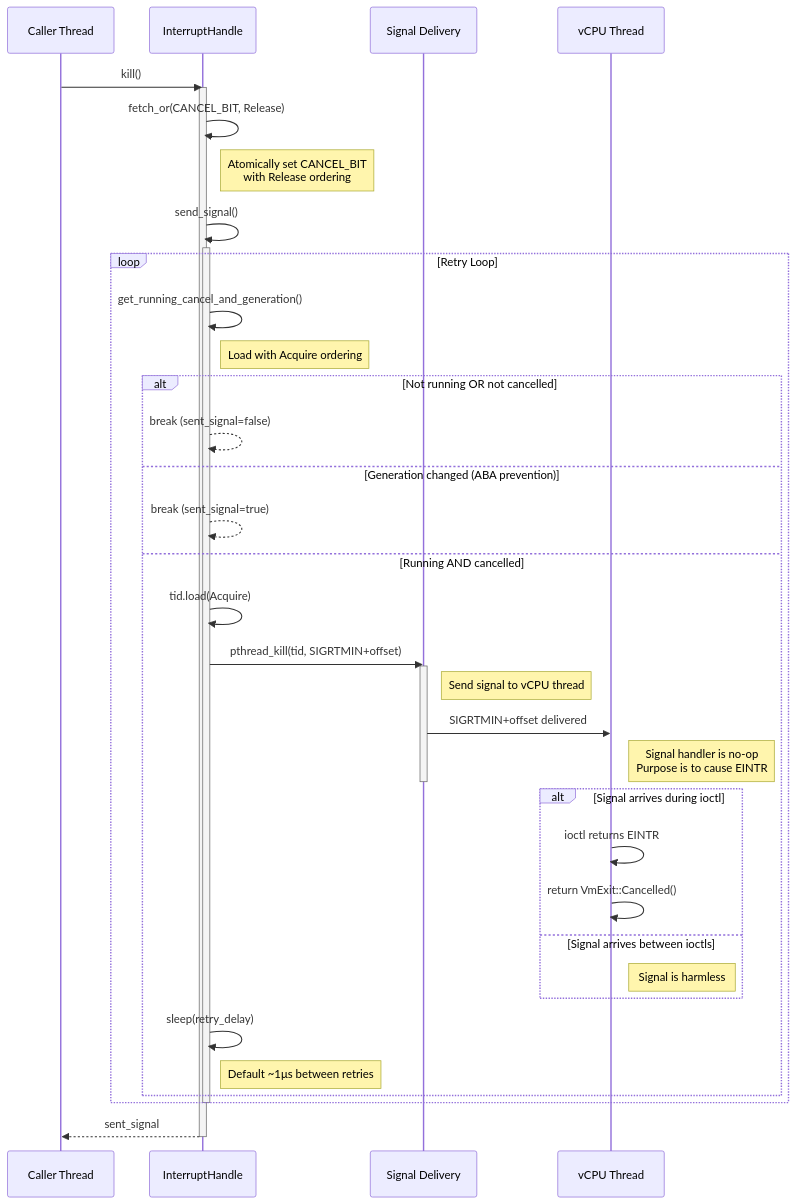
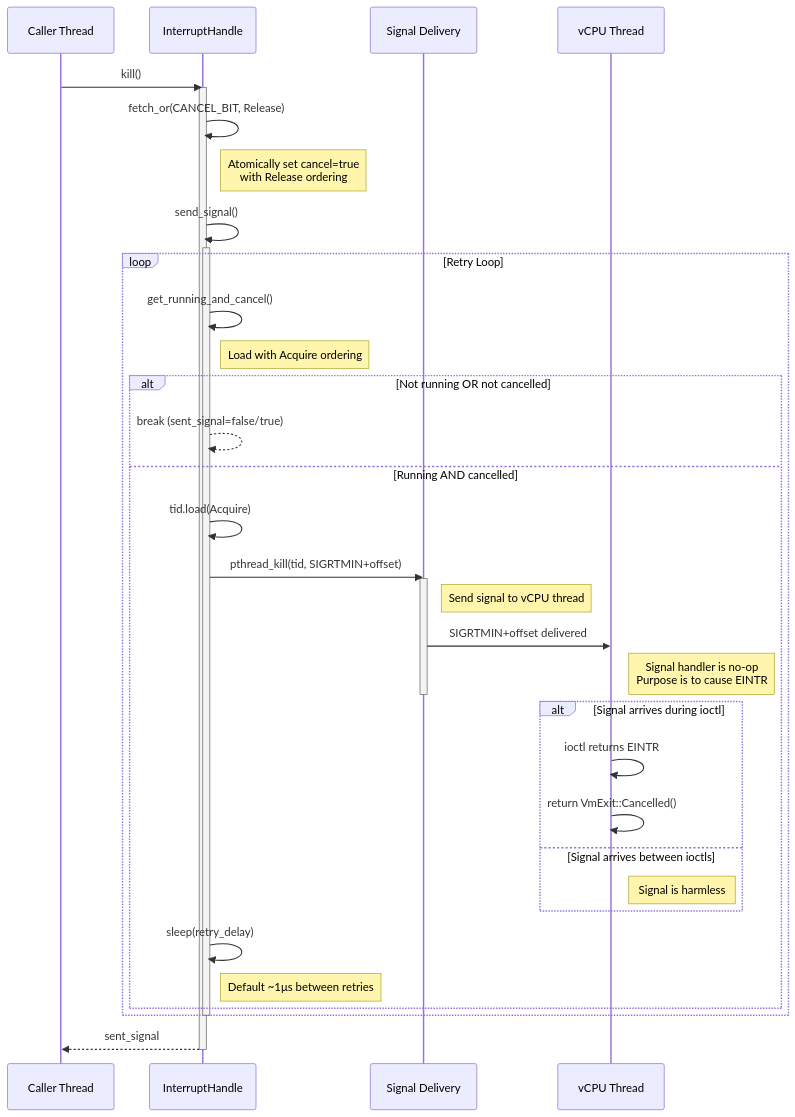
The second of 4 diagrams in docs/cancellation.md (hyperlight-dev/hyperlight), drawn with Mermaid before and after one commit. The commit also changed other lines of this file and 3 other files, not shown here.

````diff
--- a/docs/cancellation.md
+++ b/docs/cancellation.md
@@ -134,49 +128,47 @@
 ```mermaid
 sequenceDiagram
     participant Caller as Caller Thread
     participant IH as InterruptHandle
     participant Signal as Signal Delivery
     participant VM as vCPU Thread
 
     Caller->>IH: kill()
     activate IH
     
     IH->>IH: fetch_or(CANCEL_BIT, Release)
-    Note right of IH: Atomically set CANCEL_BIT<br/>with Release ordering
+    Note right of IH: Atomically set cancel=true<br/>with Release ordering
     
     IH->>IH: send_signal()
     activate IH
     
     loop Retry Loop
-        IH->>IH: get_running_cancel_and_generation()
+        IH->>IH: get_running_and_cancel()
         Note right of IH: Load with Acquire ordering
         
         alt Not running OR not cancelled
-            IH-->>IH: break (sent_signal=false)
-        else Generation changed (ABA prevention)
-            IH-->>IH: break (sent_signal=true)
+            IH-->>IH: break (sent_signal=false/true)
         else Running AND cancelled
             IH->>IH: tid.load(Acquire)
             IH->>Signal: pthread_kill(tid, SIGRTMIN+offset)
             activate Signal
             Note right of Signal: Send signal to vCPU thread
             Signal->>VM: SIGRTMIN+offset delivered
             Note right of VM: Signal handler is no-op<br/>Purpose is to cause EINTR
             deactivate Signal
             
             alt Signal arrives during ioctl
                 VM->>VM: ioctl returns EINTR
                 VM->>VM: return VmExit::Cancelled()
             else Signal arrives between ioctls
                 Note right of VM: Signal is harmless
             end
             
             IH->>IH: sleep(retry_delay)
             Note right of IH: Default ~1μs between retries
         end
     end
     
     deactivate IH
     IH-->>Caller: sent_signal
     deactivate IH
 ```
````
